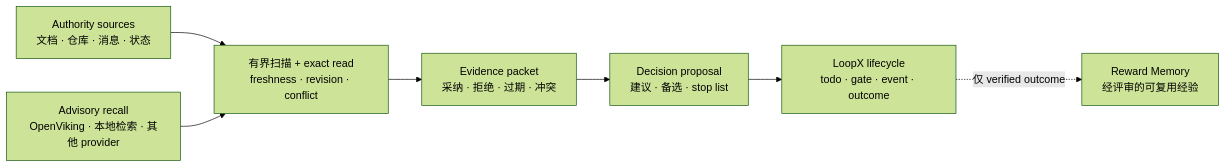
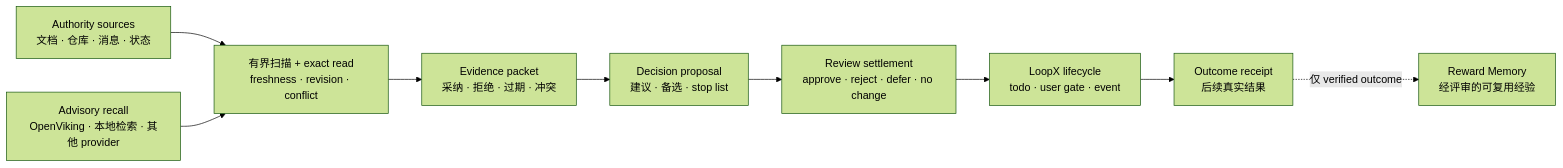
One commit to Alicecooo/loopx changed the diagram in docs/capabilities/decision-context/README.zh-CN.md. Above: the diagram before and after it, drawn with Mermaid (forest theme). The commit also changed other lines of this file and 21 other files, not shown here.

````diff
--- a/docs/capabilities/decision-context/README.zh-CN.md
+++ b/docs/capabilities/decision-context/README.zh-CN.md
@@ -27,17 +27,21 @@
 ```mermaid
 flowchart LR
     SOURCES["Authority sources<br/>文档 · 仓库 · 消息 · 状态"]
     RECALL["Advisory recall<br/>OpenViking · 本地检索 · 其他 provider"]
     READ["有界扫描 + exact read<br/>freshness · revision · conflict"]
     EVIDENCE["Evidence packet<br/>采纳 · 拒绝 · 过期 · 冲突"]
     PROPOSAL["Decision proposal<br/>建议 · 备选 · stop list"]
-    CORE["LoopX lifecycle<br/>todo · gate · event · outcome"]
+    REVIEW["Review settlement<br/>approve · reject · defer · no change"]
+    CORE["LoopX lifecycle<br/>todo · user gate · event"]
+    OUTCOME["Outcome receipt<br/>后续真实结果"]
     MEMORY["Reward Memory<br/>经评审的可复用经验"]
 
     SOURCES --> READ
     RECALL --> READ
     READ --> EVIDENCE
     EVIDENCE --> PROPOSAL
-    PROPOSAL --> CORE
-    CORE -. "仅 verified outcome" .-> MEMORY
+    PROPOSAL --> REVIEW
+    REVIEW --> CORE
+    CORE --> OUTCOME
+    OUTCOME -. "仅 verified outcome" .-> MEMORY
 ```
````
